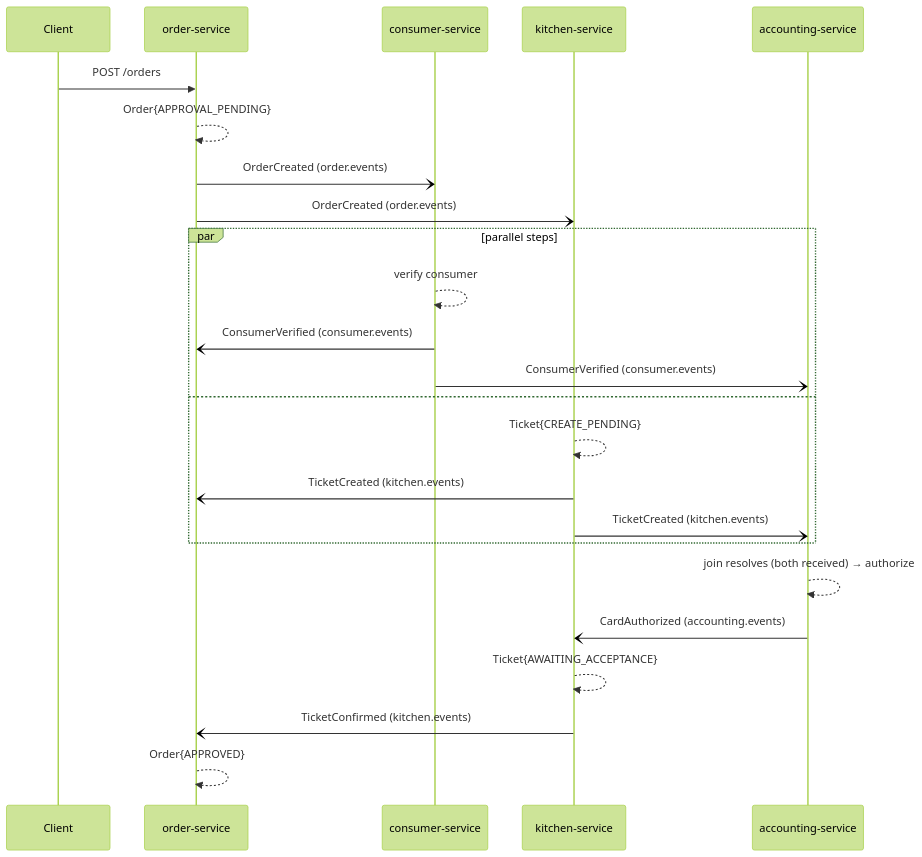
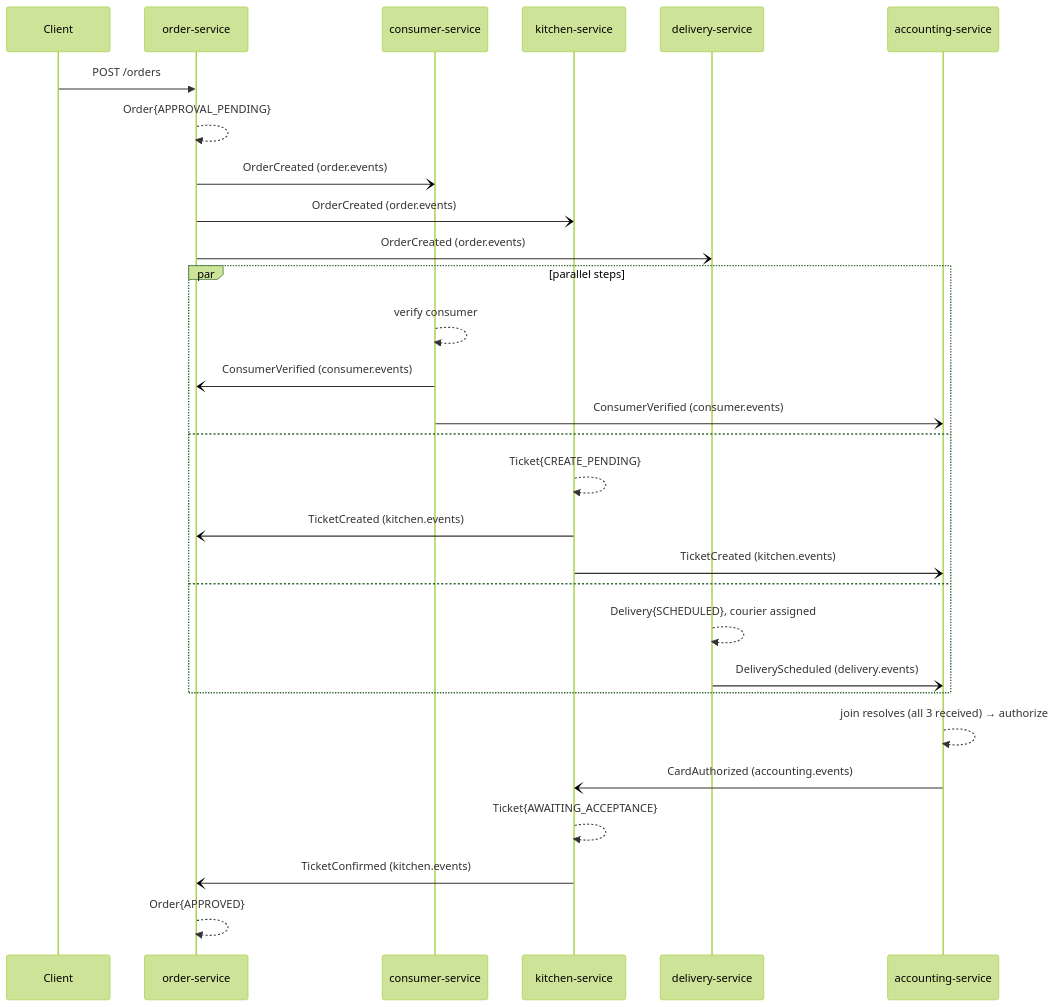
The first of 22 diagrams in docs/ARCHITECTURE.md (sanjaykpradhan10/my-food-to-go-app), drawn with Mermaid (forest theme) before and after one commit. The commit also changed other lines of this file and 5 other files, not shown here.

Commit message:
docs: document Delivery aggregate and saga participation across all touched services

````diff
--- a/docs/ARCHITECTURE.md
+++ b/docs/ARCHITECTURE.md
@@ -77,27 +79,32 @@
 ```mermaid
 sequenceDiagram
     participant C as Client
     participant O as order-service
     participant Con as consumer-service
     participant K as kitchen-service
+    participant D as delivery-service
     participant A as accounting-service
 
     C->>O: POST /orders
     O-->>O: Order{APPROVAL_PENDING}
     O-)Con: OrderCreated (order.events)
     O-)K: OrderCreated (order.events)
+    O-)D: OrderCreated (order.events)
     par parallel steps
         Con-->>Con: verify consumer
         Con-)O: ConsumerVerified (consumer.events)
         Con-)A: ConsumerVerified (consumer.events)
     and
         K-->>K: Ticket{CREATE_PENDING}
         K-)O: TicketCreated (kitchen.events)
         K-)A: TicketCreated (kitchen.events)
+    and
+        D-->>D: Delivery{SCHEDULED}, courier assigned
+        D-)A: DeliveryScheduled (delivery.events)
     end
-    A-->>A: join resolves (both received) → authorize
+    A-->>A: join resolves (all 3 received) → authorize
     A-)K: CardAuthorized (accounting.events)
     K-->>K: Ticket{AWAITING_ACCEPTANCE}
     K-)O: TicketConfirmed (kitchen.events)
     O-->>O: Order{APPROVED}
 ```
````
